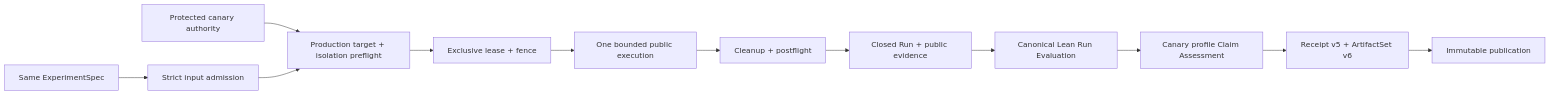
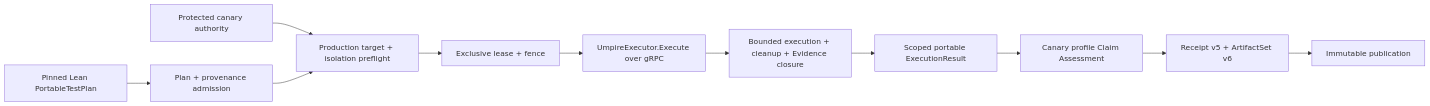
Before and after one commit to stephanos/temporal: the diagram in .flow/specs/fn-29-bounded-production-canary-execution-and.md, drawn with Mermaid. The commit also changed other lines of this file and 27 other files, not shown here.

````diff
--- a/.flow/specs/fn-29-bounded-production-canary-execution-and.md
+++ b/.flow/specs/fn-29-bounded-production-canary-execution-and.md
@@ -46,14 +48,13 @@
 ```mermaid
 flowchart LR
-  S[Same ExperimentSpec] --> A[Strict input admission]
+  S[Pinned Lean PortableTestPlan] --> A[Plan + provenance admission]
   P[Protected canary authority] --> T[Production target + isolation preflight]
   A --> T
   T --> L[Exclusive lease + fence]
-  L --> X[One bounded public execution]
-  X --> K[Cleanup + postflight]
-  K --> E[Closed Run + public evidence]
-  E --> C[Canonical Lean Run Evaluation]
+  L --> G[UmpireExecutor.Execute over gRPC]
+  G --> X[Bounded execution + cleanup + Evidence closure]
+  X --> C[Scoped portable ExecutionResult]
   C --> Q[Canary profile Claim Assessment]
   Q --> R[Receipt v5 + ArtifactSet v6]
   R --> O[Immutable publication]
 ```
````
